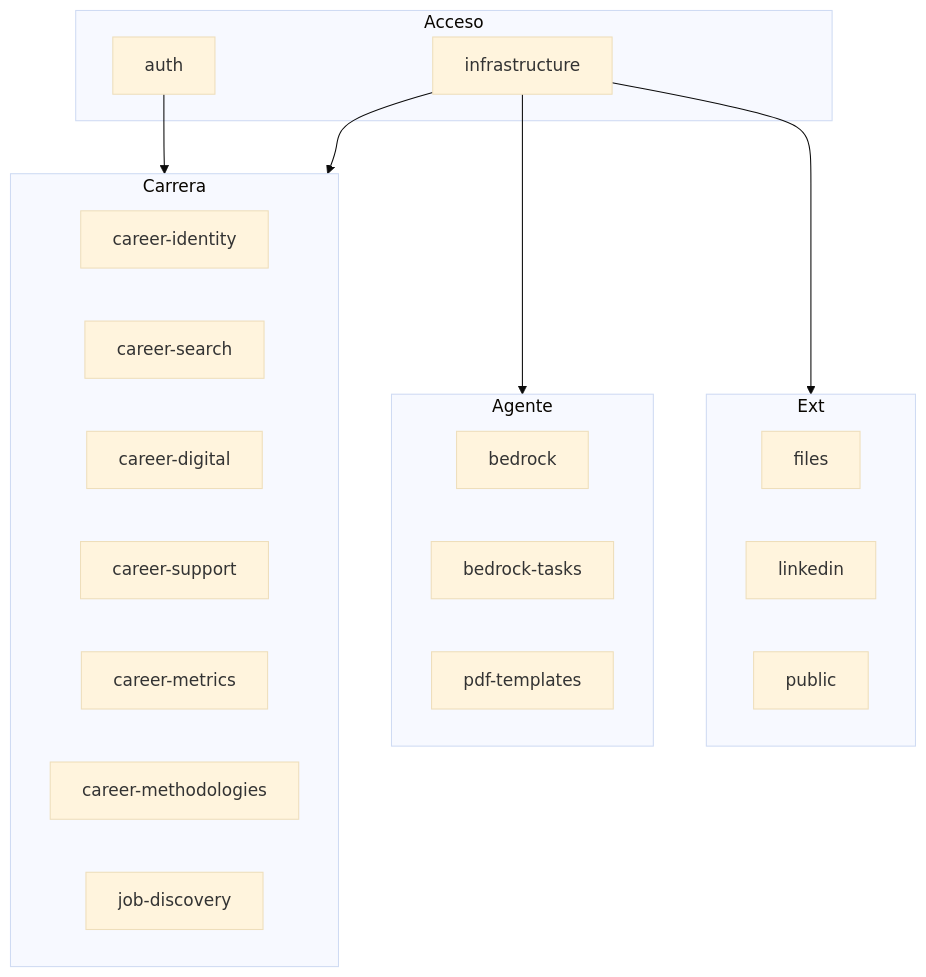
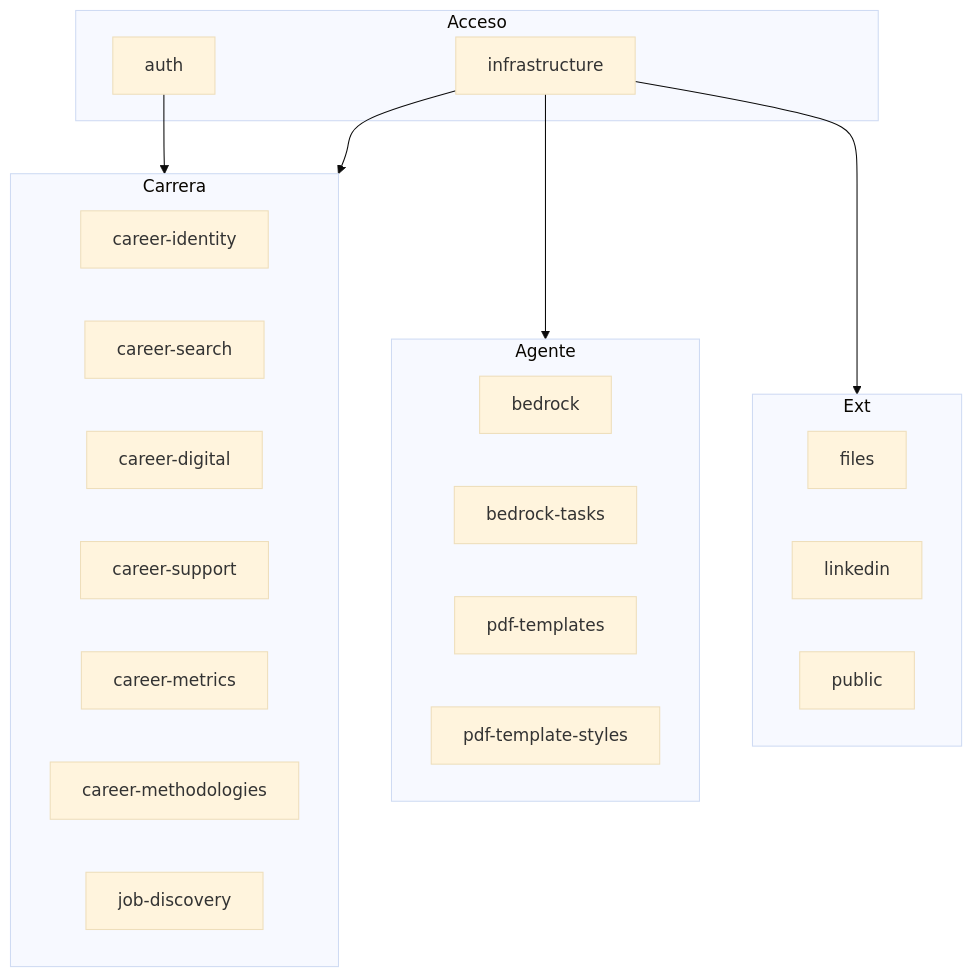
One commit to cjhirashi/cjhirashi-career changed the diagram in api/docs/sections/README.md. Above: the diagram before and after it, drawn with Mermaid (base theme). The commit also changed other lines of this file and 16 other files, not shown here.

````diff
--- a/api/docs/sections/README.md
+++ b/api/docs/sections/README.md
@@ -7,30 +7,31 @@
 ```mermaid
 flowchart TB
     subgraph Acceso
         Auth[auth]
         Infra[infrastructure]
     end
     subgraph Carrera
         Ident[career-identity]
         Search[career-search]
         Digital[career-digital]
         Support[career-support]
         Metrics[career-metrics]
         Methods[career-methodologies]
         Jobs[job-discovery]
     end
     subgraph Agente
         Bedrock[bedrock]
         Tasks[bedrock-tasks]
         PDF[pdf-templates]
+        Styles[pdf-template-styles]
     end
     subgraph Ext
         Files[files]
         LI[linkedin]
         Public[public]
     end
     Auth --> Carrera
     Infra --> Carrera
     Infra --> Agente
     Infra --> Ext
 ```
````
